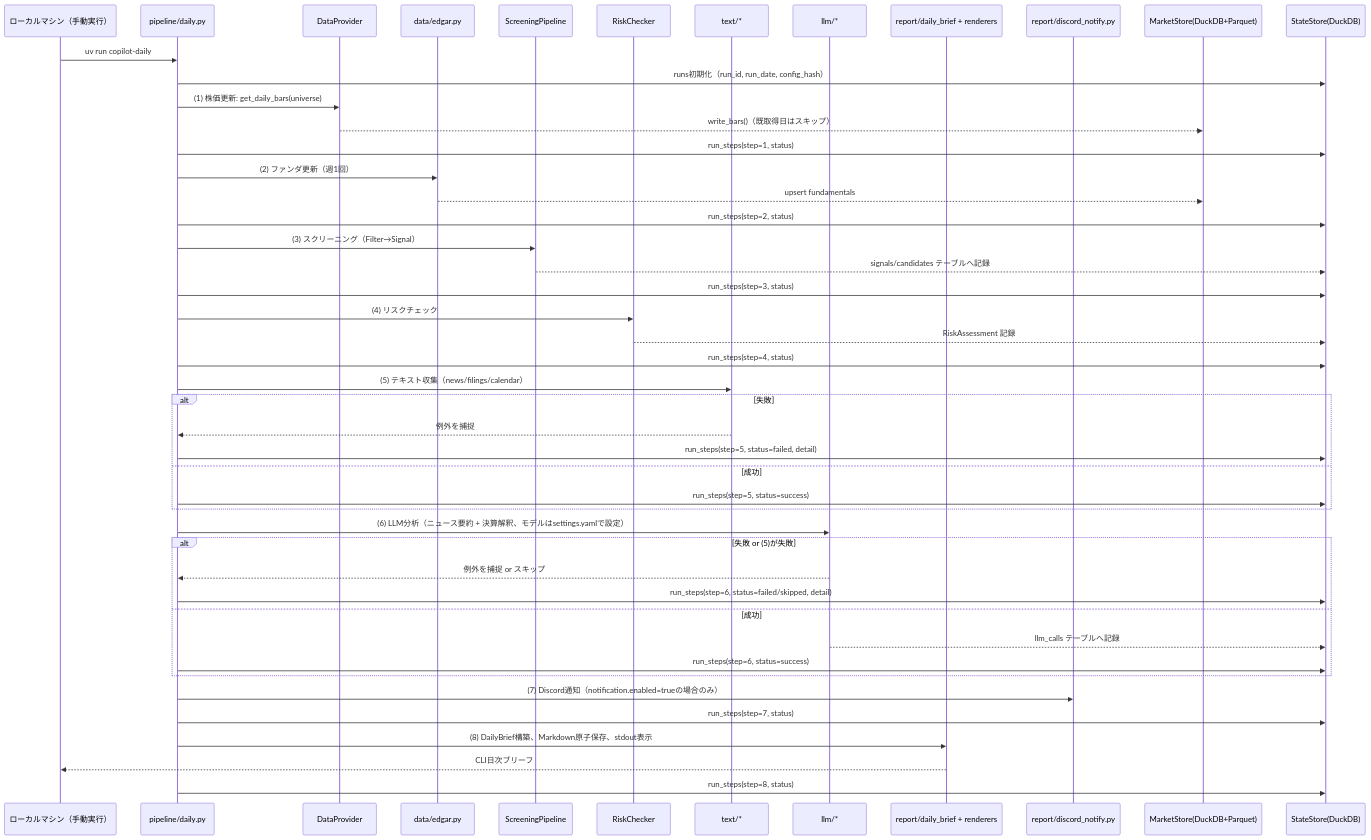
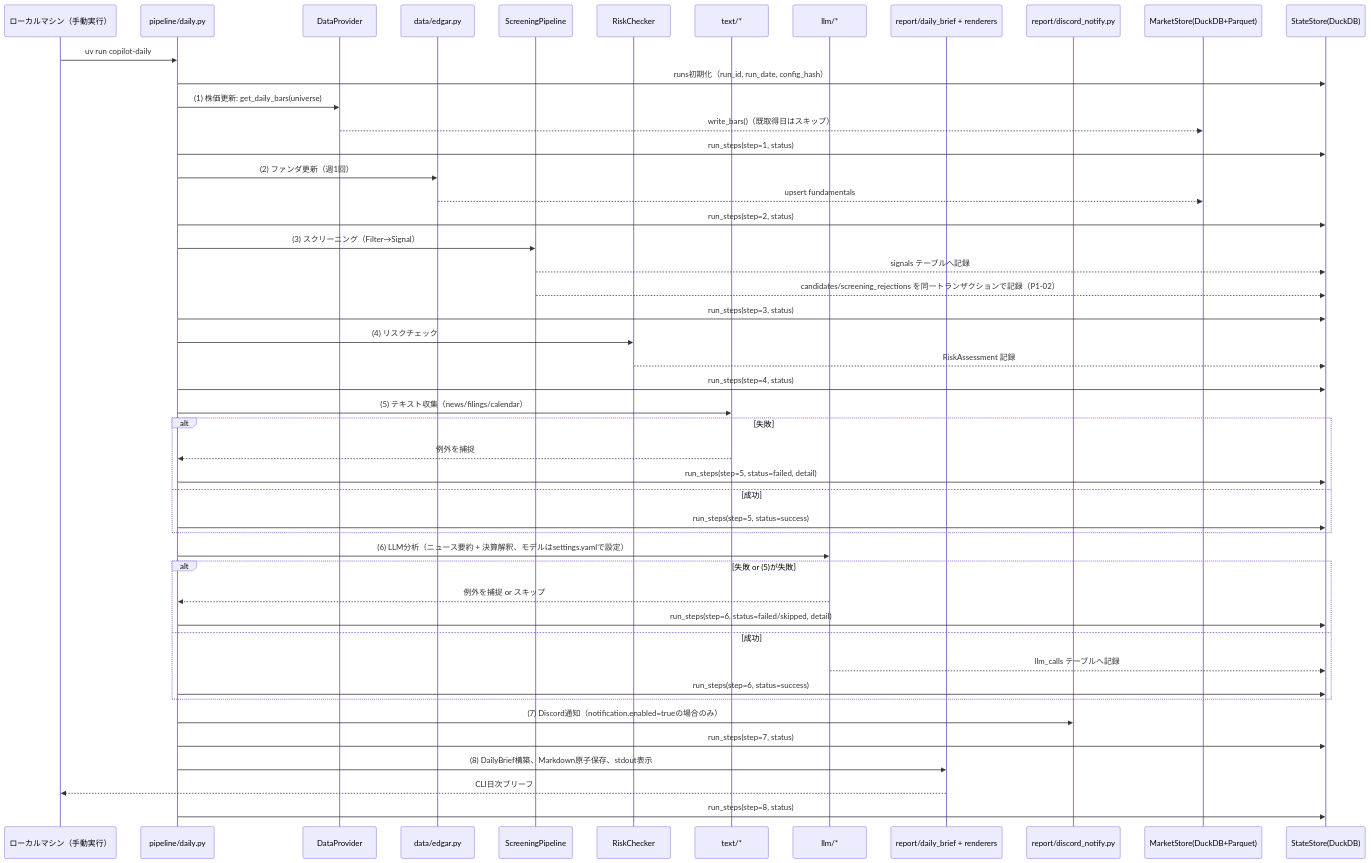
Before and after one commit to tomada1114/swing-copilot: the second of 2 diagrams in docs/03_basic_design.md, drawn with Mermaid. The commit also changed other lines of this file and 17 other files, not shown here.

````diff
--- a/docs/03_basic_design.md
+++ b/docs/03_basic_design.md
@@ -139,58 +139,59 @@
 ```mermaid
 sequenceDiagram
     participant Local as ローカルマシン（手動実行）
     participant D as pipeline/daily.py
     participant DP as DataProvider
     participant EDG as data/edgar.py
     participant SCR as ScreeningPipeline
     participant RC as RiskChecker
     participant TXT as text/*
     participant LLM as llm/*
     participant OUT as report/daily_brief + renderers
     participant DC as report/discord_notify.py
     participant MS as MarketStore(DuckDB+Parquet)
     participant ST as StateStore(DuckDB)
 
     Local->>D: uv run copilot-daily
     D->>ST: runs初期化（run_id, run_date, config_hash）
 
     D->>DP: (1) 株価更新: get_daily_bars(universe)
     DP-->>MS: write_bars()（既取得日はスキップ）
     D->>ST: run_steps(step=1, status)
 
     D->>EDG: (2) ファンダ更新（週1回）
     EDG-->>MS: upsert fundamentals
     D->>ST: run_steps(step=2, status)
 
     D->>SCR: (3) スクリーニング（Filter→Signal）
-    SCR-->>ST: signals/candidates テーブルへ記録
+    SCR-->>ST: signals テーブルへ記録
+    SCR-->>ST: candidates/screening_rejections を同一トランザクションで記録（P1-02）
     D->>ST: run_steps(step=3, status)
 
     D->>RC: (4) リスクチェック
     RC-->>ST: RiskAssessment 記録
     D->>ST: run_steps(step=4, status)
 
     D->>TXT: (5) テキスト収集（news/filings/calendar）
     alt 失敗
         TXT-->>D: 例外を捕捉
         D->>ST: run_steps(step=5, status=failed, detail)
     else 成功
         D->>ST: run_steps(step=5, status=success)
     end
 
     D->>LLM: (6) LLM分析（ニュース要約 + 決算解釈、モデルはsettings.yamlで設定）
     alt 失敗 or (5)が失敗
         LLM-->>D: 例外を捕捉 or スキップ
         D->>ST: run_steps(step=6, status=failed/skipped, detail)
     else 成功
         LLM-->>ST: llm_calls テーブルへ記録
         D->>ST: run_steps(step=6, status=success)
     end
 
     D->>DC: (7) Discord通知（notification.enabled=trueの場合のみ）
     D->>ST: run_steps(step=7, status)
 
     D->>OUT: (8) DailyBrief構築、Markdown原子保存、stdout表示
     OUT-->>Local: CLI日次ブリーフ
     D->>ST: run_steps(step=8, status)
 ```
````
